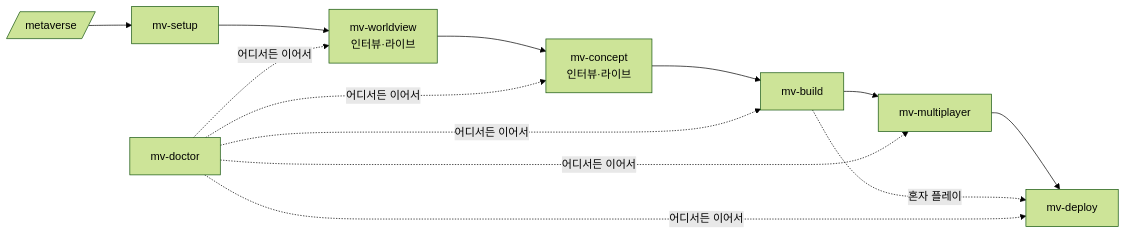
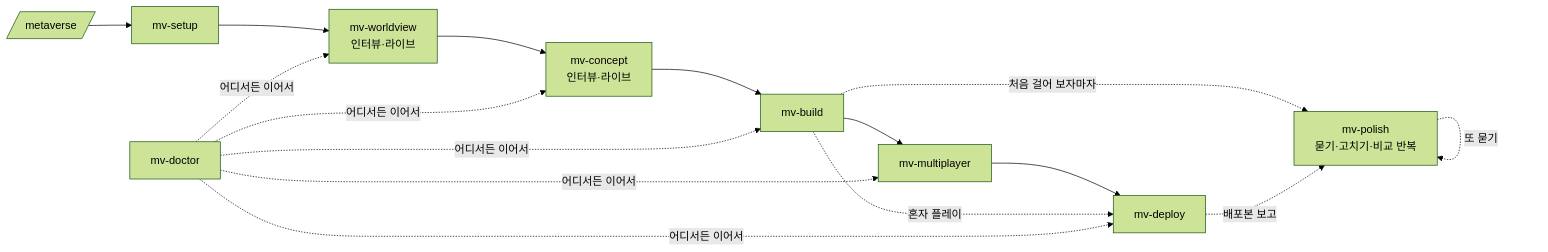
One commit to workromancer/ttalgakverse changed the diagram in README.md. Above: the diagram before and after it, drawn with Mermaid (forest theme). The commit also changed other lines of this file and 33 other files, not shown here.

````diff
--- a/README.md
+++ b/README.md
@@ -51,6 +54,9 @@
 ```mermaid
 flowchart LR
   A[/metaverse/] --> B[mv-setup] --> C[mv-worldview<br/>인터뷰·라이브] --> D[mv-concept<br/>인터뷰·라이브] --> E[mv-build] --> F[mv-multiplayer] --> G[mv-deploy]
   E -. 혼자 플레이 .-> G
+  E -. 처음 걸어 보자마자 .-> P[mv-polish<br/>묻기·고치기·비교 반복]
+  G -. 배포본 보고 .-> P
+  P -. 또 묻기 .-> P
   H[mv-doctor] -. 어디서든 이어서 .-> C & D & E & F & G
 ```
````
